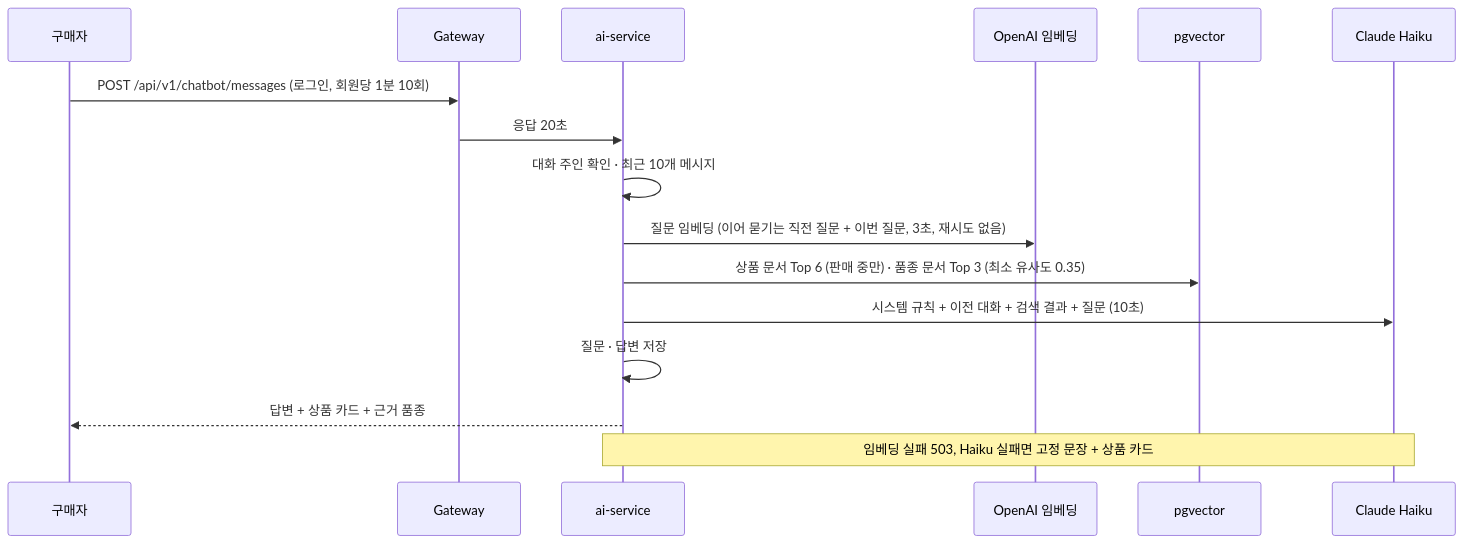
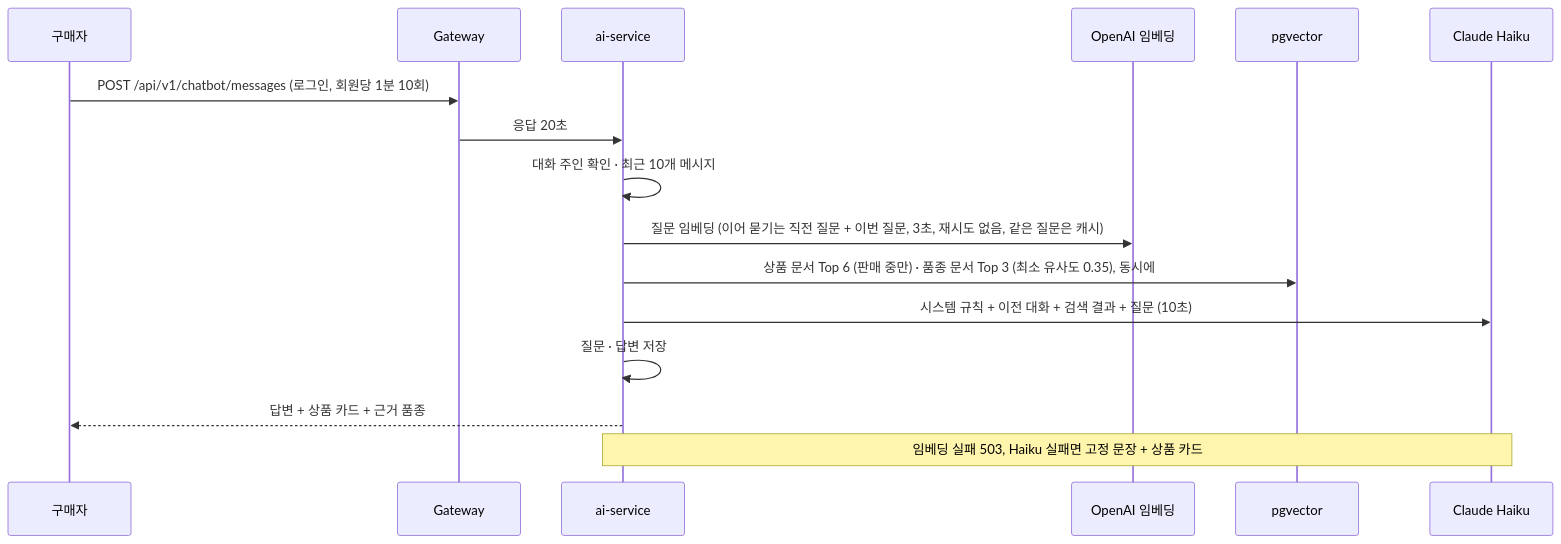
Before and after one commit to prgrms-be-adv-devcourse/beadv8_8_JustCommit_BE: the third of 3 diagrams in docs/flows/search-recommend.md, drawn with Mermaid. The commit also changed other lines of this file and 22 other files, not shown here.

````diff
--- a/docs/flows/search-recommend.md
+++ b/docs/flows/search-recommend.md
@@ -139,18 +140,18 @@
 ```mermaid
 sequenceDiagram
     participant U as 구매자
     participant G as Gateway
     participant AI as ai-service
     participant O as OpenAI 임베딩
     participant V as pgvector
     participant H as Claude Haiku
     U->>G: POST /api/v1/chatbot/messages (로그인, 회원당 1분 10회)
     G->>AI: 응답 20초
     AI->>AI: 대화 주인 확인 · 최근 10개 메시지
-    AI->>O: 질문 임베딩 (이어 묻기는 직전 질문 + 이번 질문, 3초, 재시도 없음)
-    AI->>V: 상품 문서 Top 6 (판매 중만) · 품종 문서 Top 3 (최소 유사도 0.35)
+    AI->>O: 질문 임베딩 (이어 묻기는 직전 질문 + 이번 질문, 3초, 재시도 없음, 같은 질문은 캐시)
+    AI->>V: 상품 문서 Top 6 (판매 중만) · 품종 문서 Top 3 (최소 유사도 0.35), 동시에
     AI->>H: 시스템 규칙 + 이전 대화 + 검색 결과 + 질문 (10초)
     AI->>AI: 질문 · 답변 저장
     AI-->>U: 답변 + 상품 카드 + 근거 품종
     Note over AI,H: 임베딩 실패 503, Haiku 실패면 고정 문장 + 상품 카드
 ```
````
